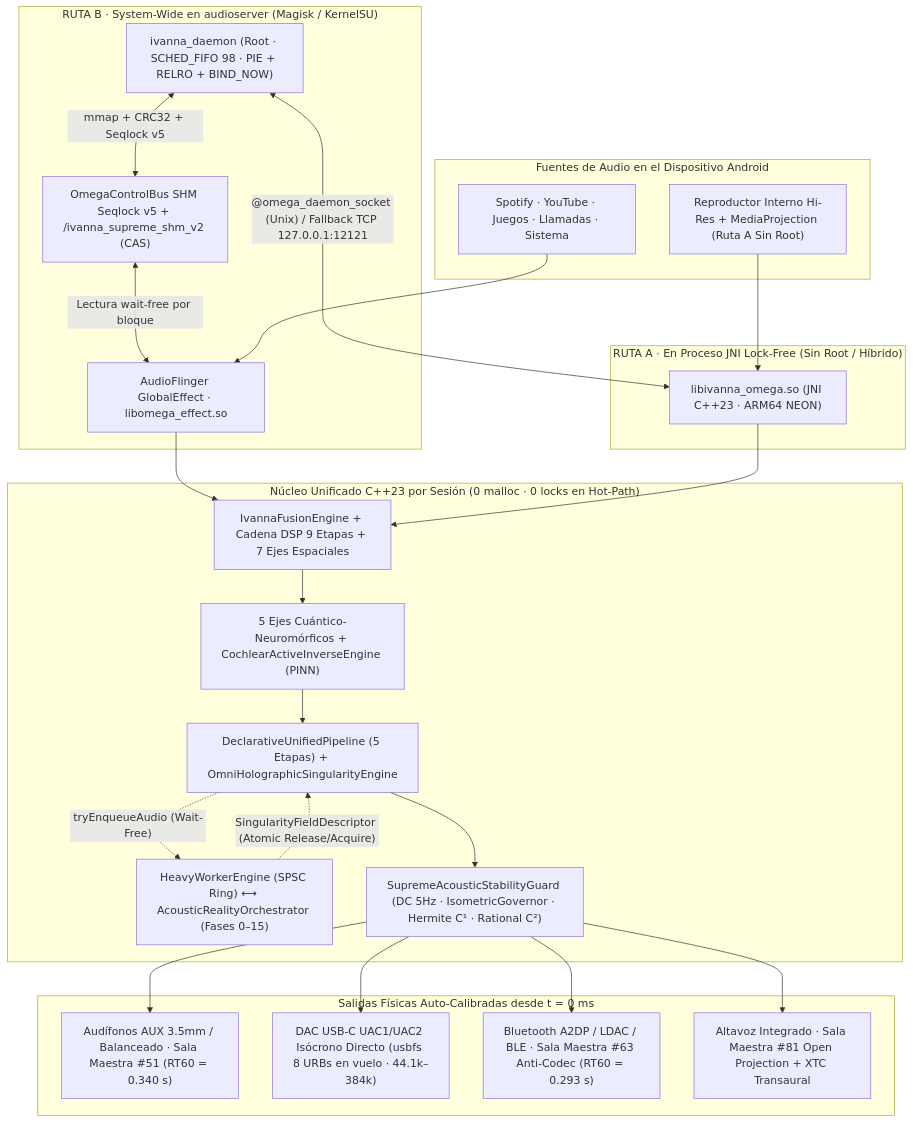
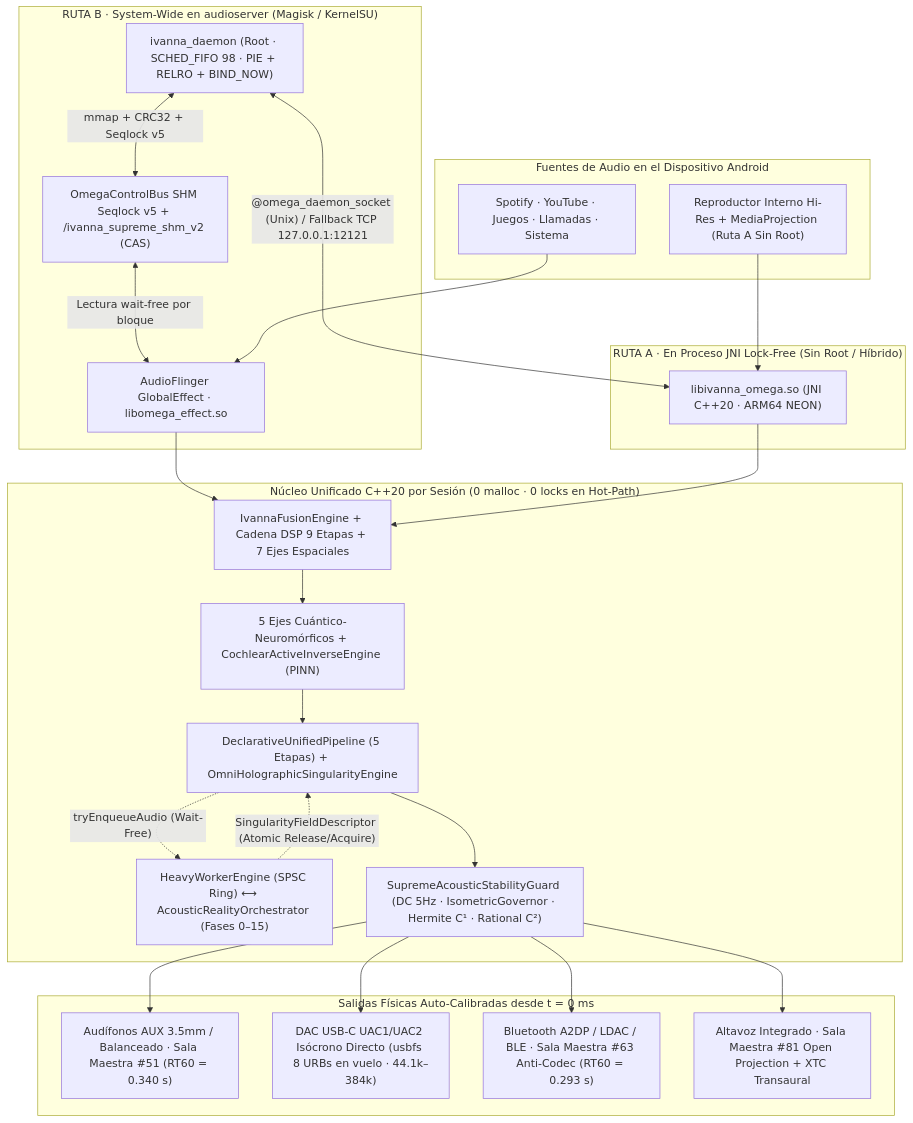
Before and after one commit to luisurielpimentelperez814-design/IVANNA-OMEGA-SUPREME: the diagram in README.md, drawn with Mermaid. The commit also changed other lines of this file and 57 other files, not shown here.

````diff
--- a/README.md
+++ b/README.md
@@ -76,43 +76,43 @@
 ```mermaid
 flowchart TB
     subgraph SOURCES["Fuentes de Audio en el Dispositivo Android"]
         S1["Spotify · YouTube · Juegos · Llamadas · Sistema"]
         S2["Reproductor Interno Hi-Res + MediaProjection (Ruta A Sin Root)"]
     end
 
     subgraph ROUTEB["RUTA B · System-Wide en audioserver (Magisk / KernelSU)"]
         AF["AudioFlinger GlobalEffect · libomega_effect.so"]
         DAEMON["ivanna_daemon (Root · SCHED_FIFO 98 · PIE + RELRO + BIND_NOW)"]
         SHM["OmegaControlBus SHM Seqlock v5 + /ivanna_supreme_shm_v2 (CAS)"]
         DAEMON <-->|"mmap + CRC32 + Seqlock v5"| SHM
         SHM <-->|"Lectura wait-free por bloque"| AF
     end
 
     subgraph ROUTEA["RUTA A · En Proceso JNI Lock-Free (Sin Root / Híbrido)"]
-        JNI["libivanna_omega.so (JNI C++23 · ARM64 NEON)"]
+        JNI["libivanna_omega.so (JNI C++20 · ARM64 NEON)"]
         DAEMON <-->|"@omega_daemon_socket (Unix) / Fallback TCP 127.0.0.1:12121"| JNI
     end
 
-    subgraph CORE["Núcleo Unificado C++23 por Sesión (0 malloc · 0 locks en Hot-Path)"]
+    subgraph CORE["Núcleo Unificado C++20 por Sesión (0 malloc · 0 locks en Hot-Path)"]
         FUSION["IvannaFusionEngine + Cadena DSP 9 Etapas + 7 Ejes Espaciales"]
         AXES["5 Ejes Cuántico-Neuromórficos + CochlearActiveInverseEngine (PINN)"]
         UNIFIED["DeclarativeUnifiedPipeline (5 Etapas) + OmniHolographicSingularityEngine"]
         WORKER["HeavyWorkerEngine (SPSC Ring) ⟷ AcousticRealityOrchestrator (Fases 0–15)"]
         GUARD["SupremeAcousticStabilityGuard (DC 5Hz · IsometricGovernor · Hermite C¹ · Rational C²)"]
 
         FUSION --> AXES --> UNIFIED --> GUARD
         UNIFIED -.->|"tryEnqueueAudio (Wait-Free)"| WORKER
         WORKER -.->|"SingularityFieldDescriptor (Atomic Release/Acquire)"| UNIFIED
     end
 
     subgraph OUTPUTS["Salidas Físicas Auto-Calibradas desde t = 0 ms"]
         OUT1["Audífonos AUX 3.5mm / Balanceado · Sala Maestra #51 (RT60 = 0.340 s)"]
         OUT2["DAC USB-C UAC1/UAC2 Isócrono Directo (usbfs 8 URBs en vuelo · 44.1k–384k)"]
         OUT3["Bluetooth A2DP / LDAC / BLE · Sala Maestra #63 Anti-Codec (RT60 = 0.293 s)"]
         OUT4["Altavoz Integrado · Sala Maestra #81 Open Projection + XTC Transaural"]
     end
 
     S1 --> AF --> FUSION
     S2 --> JNI --> FUSION
     GUARD --> OUT1 & OUT2 & OUT3 & OUT4
 ```
````
